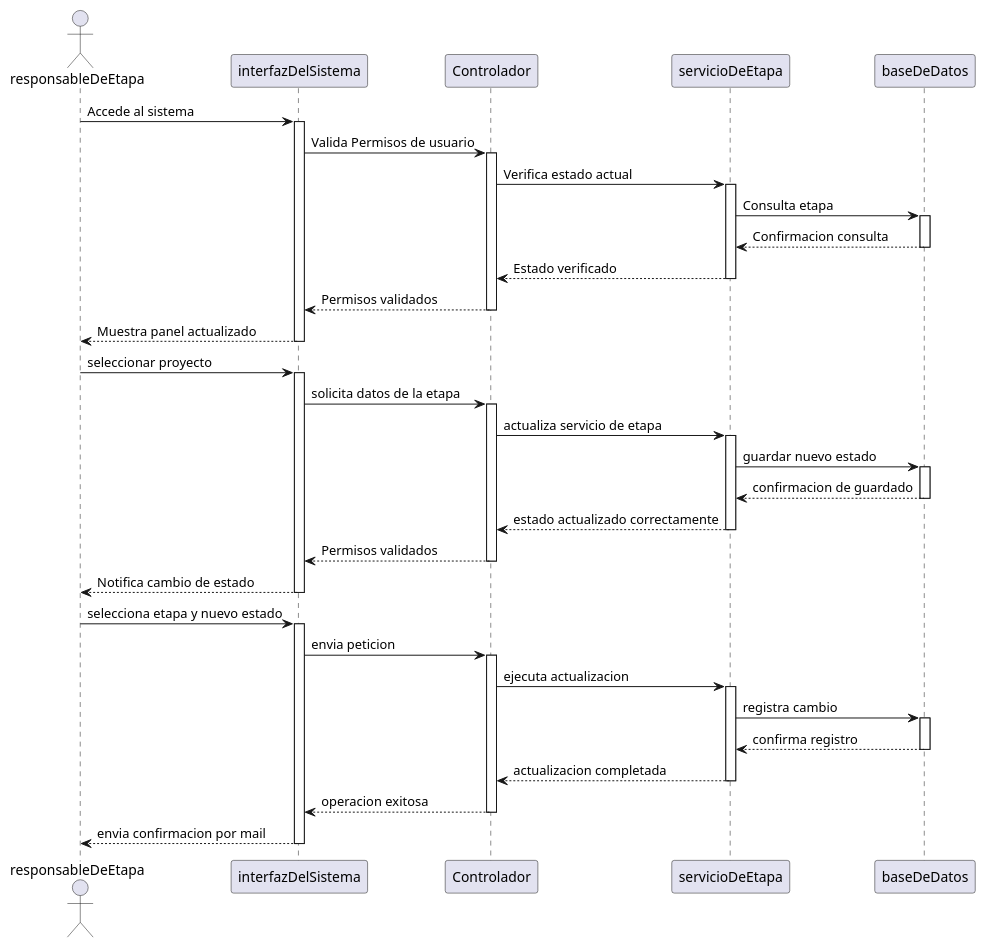
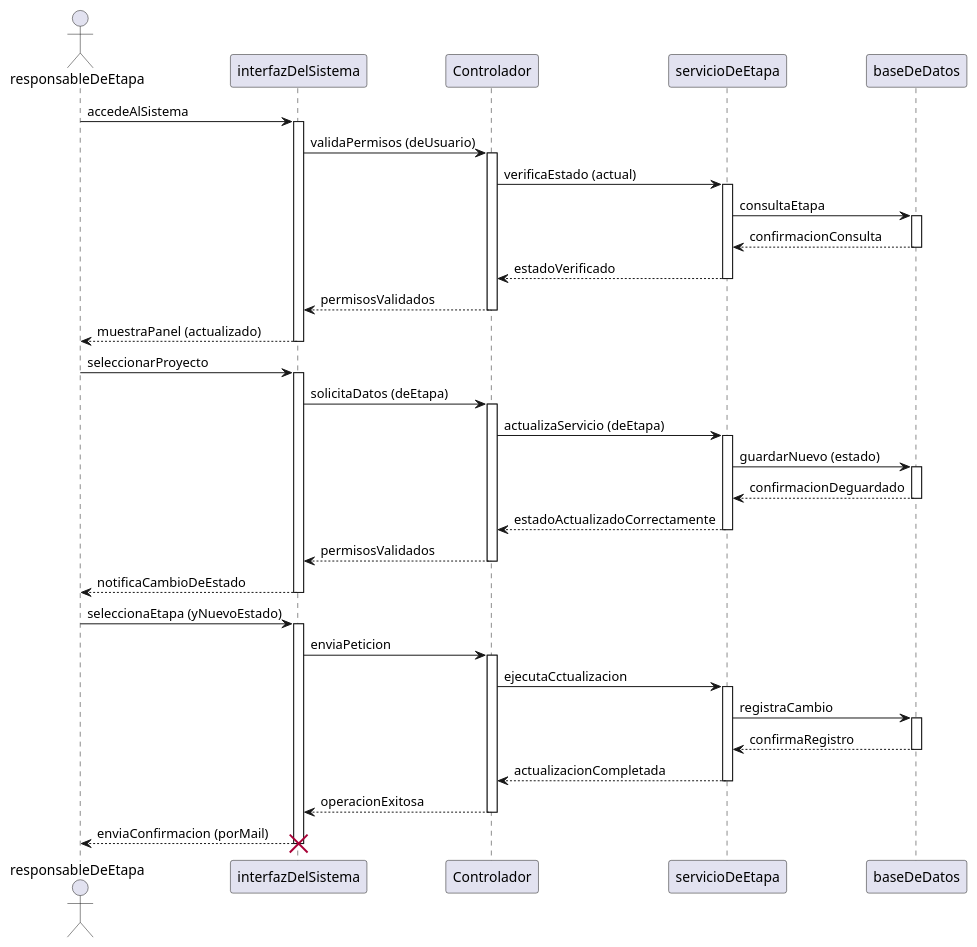
The diagram in 05-diagrama-secuencia/05-secuencia-actualizar-estado-de-la-etapa-actualizacion-exitosa-del-estado-de-la-etapa-02.puml (9919-Mili/SistemaProductoraVideos), drawn with PlantUML before and after one commit. The commit also changed 9 other files, not shown here.

Commit message:
Agregue diagramas png

```diff
--- a/05-diagrama-secuencia/05-secuencia-actualizar-estado-de-la-etapa-actualizacion-exitosa-del-estado-de-la-etapa-02.puml
+++ b/05-diagrama-secuencia/05-secuencia-actualizar-estado-de-la-etapa-actualizacion-exitosa-del-estado-de-la-etapa-02.puml
@@ -1,59 +1,61 @@
 @startuml actualizacion exitosa del estado
 actor responsableDeEtapa
 participant interfazDelSistema
 participant Controlador
 participant servicioDeEtapa
 participant baseDeDatos
 
 
-responsableDeEtapa -> interfazDelSistema: Accede al sistema
+responsableDeEtapa -> interfazDelSistema: accedeAlSistema
 activate interfazDelSistema 
-interfazDelSistema -> Controlador: Valida Permisos de usuario
+interfazDelSistema -> Controlador: validaPermisos (deUsuario)
 activate Controlador
-Controlador -> servicioDeEtapa: Verifica estado actual
+Controlador -> servicioDeEtapa: verificaEstado (actual)
 activate servicioDeEtapa
-servicioDeEtapa -> baseDeDatos: Consulta etapa 
+servicioDeEtapa -> baseDeDatos: consultaEtapa 
 activate baseDeDatos
-baseDeDatos --> servicioDeEtapa: Confirmacion consulta
+baseDeDatos --> servicioDeEtapa: confirmacionConsulta
 deactivate baseDeDatos
-servicioDeEtapa --> Controlador: Estado verificado
+servicioDeEtapa --> Controlador: estadoVerificado
 deactivate servicioDeEtapa
-Controlador --> interfazDelSistema: Permisos validados
+Controlador --> interfazDelSistema: permisosValidados
 deactivate Controlador
-interfazDelSistema --> responsableDeEtapa: Muestra panel actualizado
+interfazDelSistema --> responsableDeEtapa: muestraPanel (actualizado)
 deactivate interfazDelSistema
 
-responsableDeEtapa -> interfazDelSistema: seleccionar proyecto 
+responsableDeEtapa -> interfazDelSistema: seleccionarProyecto 
 activate interfazDelSistema
-interfazDelSistema -> Controlador: solicita datos de la etapa
+interfazDelSistema -> Controlador: solicitaDatos (deEtapa)
 activate Controlador
-Controlador -> servicioDeEtapa: actualiza servicio de etapa 
+Controlador -> servicioDeEtapa: actualizaServicio (deEtapa) 
 activate servicioDeEtapa
-servicioDeEtapa -> baseDeDatos: guardar nuevo estado 
+servicioDeEtapa -> baseDeDatos: guardarNuevo (estado) 
 activate baseDeDatos
-baseDeDatos --> servicioDeEtapa: confirmacion de guardado
+baseDeDatos --> servicioDeEtapa: confirmacionDeguardado
 deactivate baseDeDatos
-servicioDeEtapa --> Controlador: estado actualizado correctamente
+servicioDeEtapa --> Controlador: estadoActualizadoCorrectamente
 deactivate servicioDeEtapa
-Controlador --> interfazDelSistema: Permisos validados 
+Controlador --> interfazDelSistema: permisosValidados 
 deactivate Controlador
-interfazDelSistema --> responsableDeEtapa: Notifica cambio de estado
+interfazDelSistema --> responsableDeEtapa: notificaCambioDeEstado
 deactivate interfazDelSistema
 
-responsableDeEtapa -> interfazDelSistema: selecciona etapa y nuevo estado 
+responsableDeEtapa -> interfazDelSistema: seleccionaEtapa (yNuevoEstado) 
 activate interfazDelSistema
-interfazDelSistema -> Controlador: envia peticion 
+interfazDelSistema -> Controlador: enviaPeticion 
 activate Controlador
-Controlador -> servicioDeEtapa: ejecuta actualizacion 
+Controlador -> servicioDeEtapa: ejecutaCctualizacion 
 activate servicioDeEtapa
-servicioDeEtapa -> baseDeDatos: registra cambio
+servicioDeEtapa -> baseDeDatos: registraCambio
 activate baseDeDatos
-baseDeDatos --> servicioDeEtapa: confirma registro
+baseDeDatos --> servicioDeEtapa: confirmaRegistro
 deactivate baseDeDatos
-servicioDeEtapa --> Controlador: actualizacion completada
+servicioDeEtapa --> Controlador: actualizacionCompletada
 deactivate servicioDeEtapa 
-Controlador --> interfazDelSistema: operacion exitosa
+Controlador --> interfazDelSistema: operacionExitosa
 deactivate Controlador
-interfazDelSistema --> responsableDeEtapa: envia confirmacion por mail
+interfazDelSistema --> responsableDeEtapa: enviaConfirmacion (porMail)
 deactivate interfazDelSistema
+
+destroy interfazDelSistema
 @endum
```
